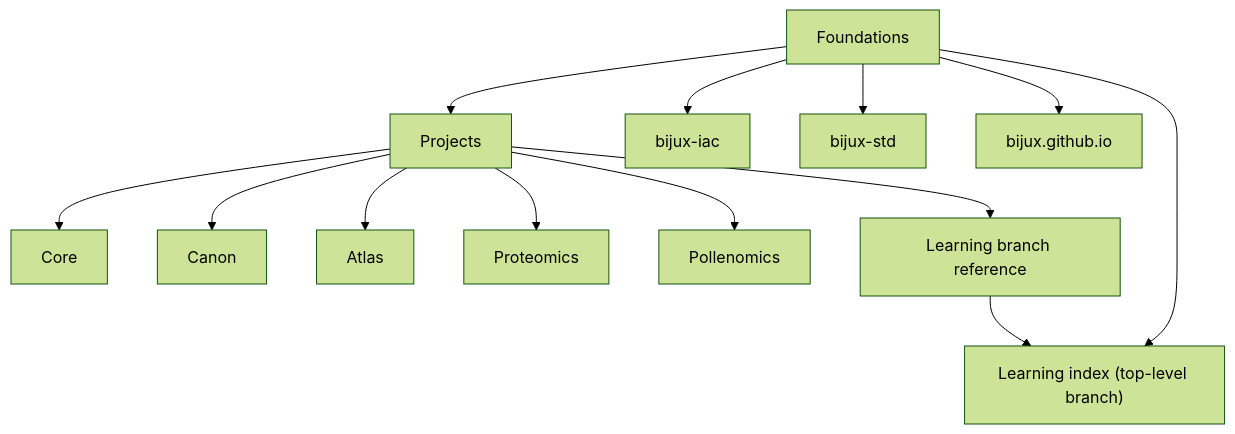
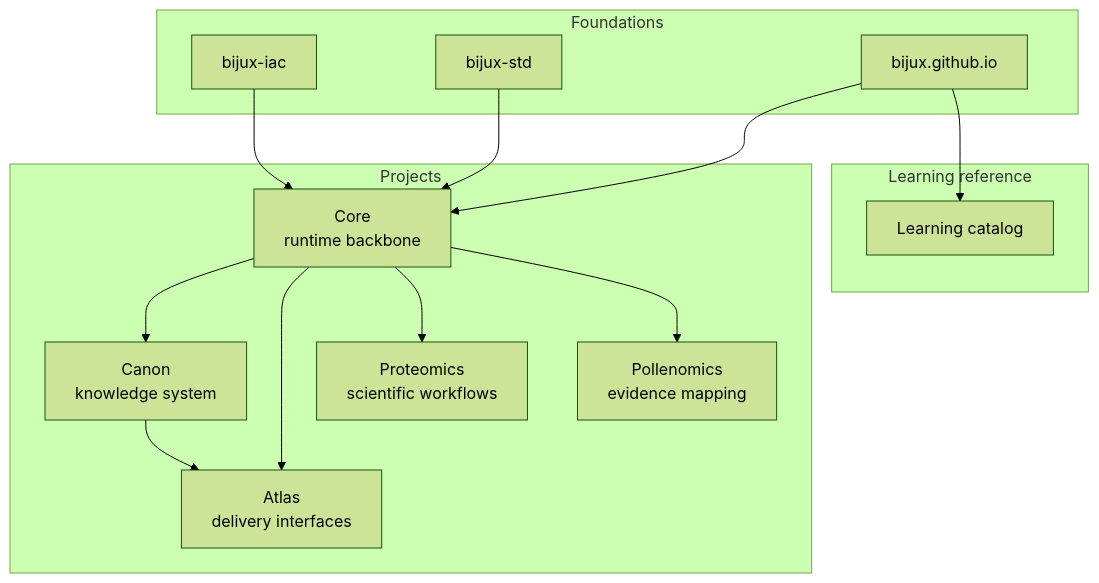
Before and after one commit to bijux/bijux.github.io: the diagram in docs/02-projects/index.md, drawn with Mermaid (forest theme). The commit also changed other lines of this file, not shown here.

Commit message:
docs(projects): redraw portfolio map

````diff
--- a/docs/02-projects/index.md
+++ b/docs/02-projects/index.md
@@ -21,16 +21,30 @@
 ```mermaid
 graph TD
-    foundations["Foundations"] --> projects["Projects"]
-    projects["Projects"] --> core["Core"]
-    projects --> canon["Canon"]
-    projects --> atlas["Atlas"]
-    projects --> proteomics["Proteomics"]
-    projects --> pollenomics["Pollenomics"]
-    projects --> learning["Learning branch reference"]
+    subgraph foundations["Foundations"]
+        iac["bijux-iac"]
+        std["bijux-std"]
+        hub["bijux.github.io"]
+    end
 
-    learning --> learning_index["Learning index (top-level branch)"]
-    foundations --> learning_index
-    foundations --> iac["bijux-iac"]
-    foundations --> std["bijux-std"]
-    foundations --> hub["bijux.github.io"]
+    subgraph projects["Projects"]
+        core["Core<br/>runtime backbone"]
+        canon["Canon<br/>knowledge system"]
+        atlas["Atlas<br/>delivery interfaces"]
+        proteomics["Proteomics<br/>scientific workflows"]
+        pollenomics["Pollenomics<br/>evidence mapping"]
+    end
+
+    subgraph learning["Learning reference"]
+        learning_index["Learning catalog"]
+    end
+
+    iac --> core
+    std --> core
+    hub --> core
+    core --> canon
+    core --> atlas
+    core --> proteomics
+    core --> pollenomics
+    canon --> atlas
+    hub --> learning_index
 ```
````
